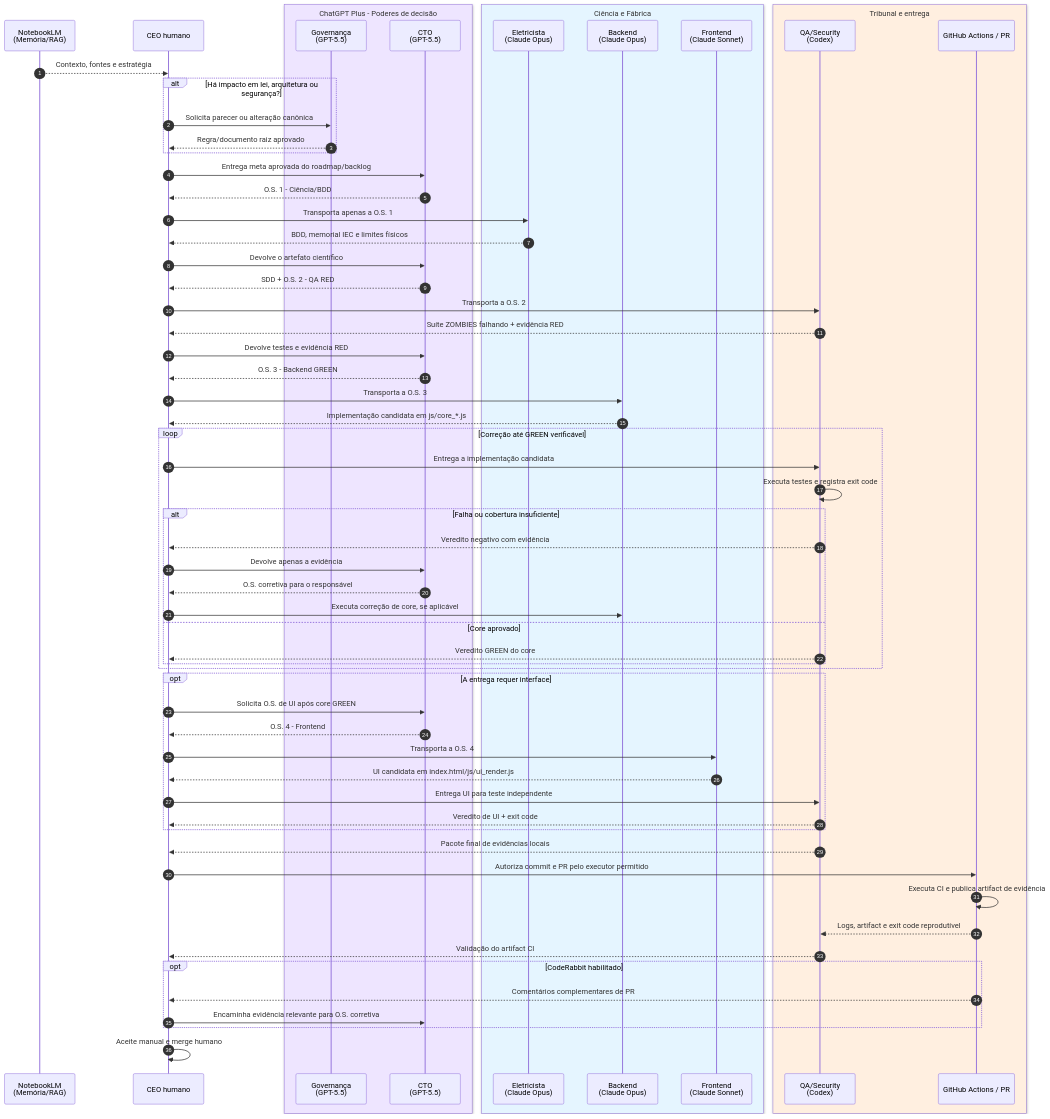
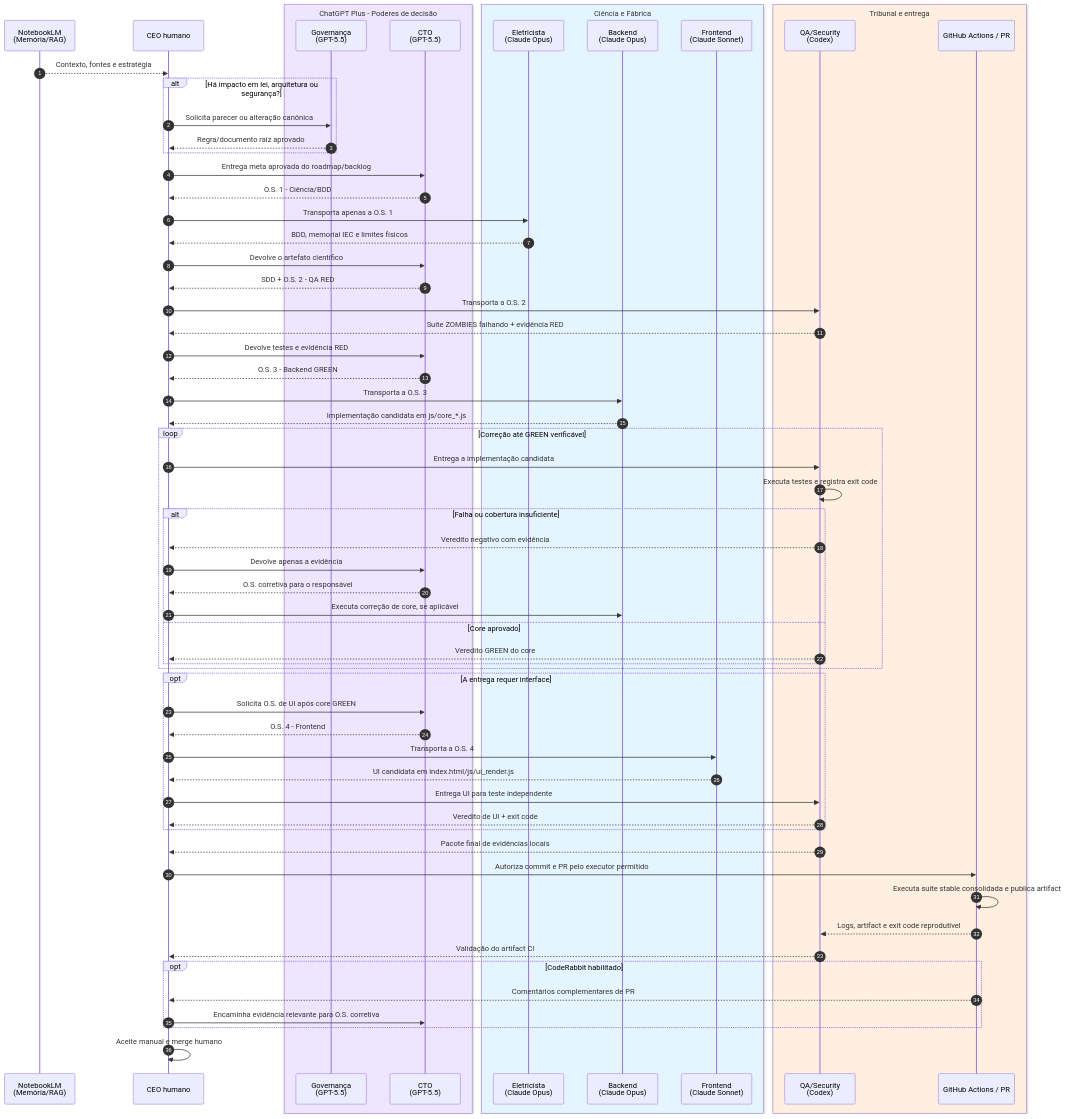
One commit to ThiagoKenoblauFritsche/AmpAI changed the diagram in docs/AmpAI_OS_Workflow.md. Above: the diagram before and after it, drawn with Mermaid. The commit also changed other lines of this file and 14 other files, not shown here.

````diff
--- a/docs/AmpAI_OS_Workflow.md
+++ b/docs/AmpAI_OS_Workflow.md
@@ -13,72 +13,72 @@
 ```mermaid
 sequenceDiagram
     autonumber
     participant NLM as NotebookLM<br/>(Memória/RAG)
     participant CEO as CEO humano
     box rgb(238, 229, 255) ChatGPT Plus - Poderes de decisão
         participant GOV as Governança<br/>(GPT-5.5)
         participant CTO as CTO<br/>(GPT-5.5)
     end
     box rgb(229, 245, 255) Ciência e Fábrica
         participant ELE as Eletricista<br/>(Claude Opus)
         participant BE as Backend<br/>(Claude Opus)
         participant FE as Frontend<br/>(Claude Sonnet)
     end
     box rgb(255, 239, 224) Tribunal e entrega
         participant QA as QA/Security<br/>(Codex)
         participant GH as GitHub Actions / PR
     end
 
     NLM-->>CEO: Contexto, fontes e estratégia
     alt Há impacto em lei, arquitetura ou segurança?
         CEO->>GOV: Solicita parecer ou alteração canônica
         GOV-->>CEO: Regra/documento raiz aprovado
     end
 
     CEO->>CTO: Entrega meta aprovada do roadmap/backlog
     CTO-->>CEO: O.S. 1 - Ciência/BDD
     CEO->>ELE: Transporta apenas a O.S. 1
     ELE-->>CEO: BDD, memorial IEC e limites físicos
     CEO->>CTO: Devolve o artefato científico
     CTO-->>CEO: SDD + O.S. 2 - QA RED
 
     CEO->>QA: Transporta a O.S. 2
     QA-->>CEO: Suíte ZOMBIES falhando + evidência RED
     CEO->>CTO: Devolve testes e evidência RED
     CTO-->>CEO: O.S. 3 - Backend GREEN
     CEO->>BE: Transporta a O.S. 3
     BE-->>CEO: Implementação candidata em js/core_*.js
 
     loop Correção até GREEN verificável
         CEO->>QA: Entrega a implementação candidata
         QA->>QA: Executa testes e registra exit code
         alt Falha ou cobertura insuficiente
             QA-->>CEO: Veredito negativo com evidência
             CEO->>CTO: Devolve apenas a evidência
             CTO-->>CEO: O.S. corretiva para o responsável
             CEO->>BE: Executa correção de core, se aplicável
         else Core aprovado
             QA-->>CEO: Veredito GREEN do core
         end
     end
 
     opt A entrega requer interface
         CEO->>CTO: Solicita O.S. de UI após core GREEN
         CTO-->>CEO: O.S. 4 - Frontend
         CEO->>FE: Transporta a O.S. 4
         FE-->>CEO: UI candidata em index.html/js/ui_render.js
         CEO->>QA: Entrega UI para teste independente
         QA-->>CEO: Veredito de UI + exit code
     end
 
     QA-->>CEO: Pacote final de evidências locais
     CEO->>GH: Autoriza commit e PR pelo executor permitido
-    GH->>GH: Executa CI e publica artifact de evidência
+    GH->>GH: Executa suíte stable consolidada e publica artifact
     GH-->>QA: Logs, artifact e exit code reprodutível
     QA-->>CEO: Validação do artifact CI
     opt CodeRabbit habilitado
         GH-->>CEO: Comentários complementares de PR
         CEO->>CTO: Encaminha evidência relevante para O.S. corretiva
     end
     CEO->>CEO: Aceite manual e merge humano
 ```
````
